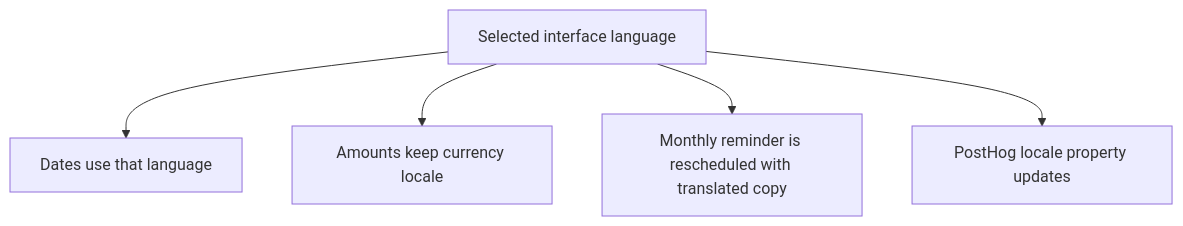
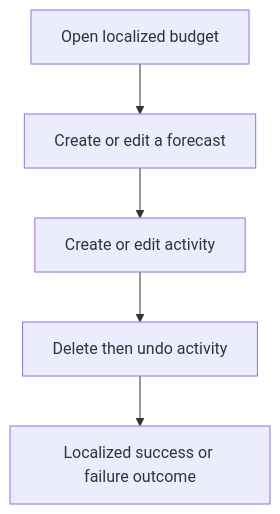
One commit to neogenz/pulpe changed the first of 2 diagrams in aidd_docs/tasks/2026_08/2026_08_21_android-i18n-preview-integration/phase-6.md. Above: the diagram before and after it, drawn with Mermaid. The commit also changed other lines of this file and 13 other files, not shown here.

````diff
--- a/aidd_docs/tasks/2026_08/2026_08_21_android-i18n-preview-integration/phase-6.md
+++ b/aidd_docs/tasks/2026_08/2026_08_21_android-i18n-preview-integration/phase-6.md
@@ -22,7 +20,7 @@
 ```mermaid
 flowchart TD
-  A[Selected interface language] --> B[Dates use that language]
-  A --> C[Amounts keep currency locale]
-  A --> D[Monthly reminder is rescheduled with translated copy]
-  A --> E[PostHog locale property updates]
+  A[Open localized budget] --> B[Create or edit a forecast]
+  B --> C[Create or edit activity]
+  C --> D[Delete then undo activity]
+  D --> E[Localized success or failure outcome]
 ```
````
